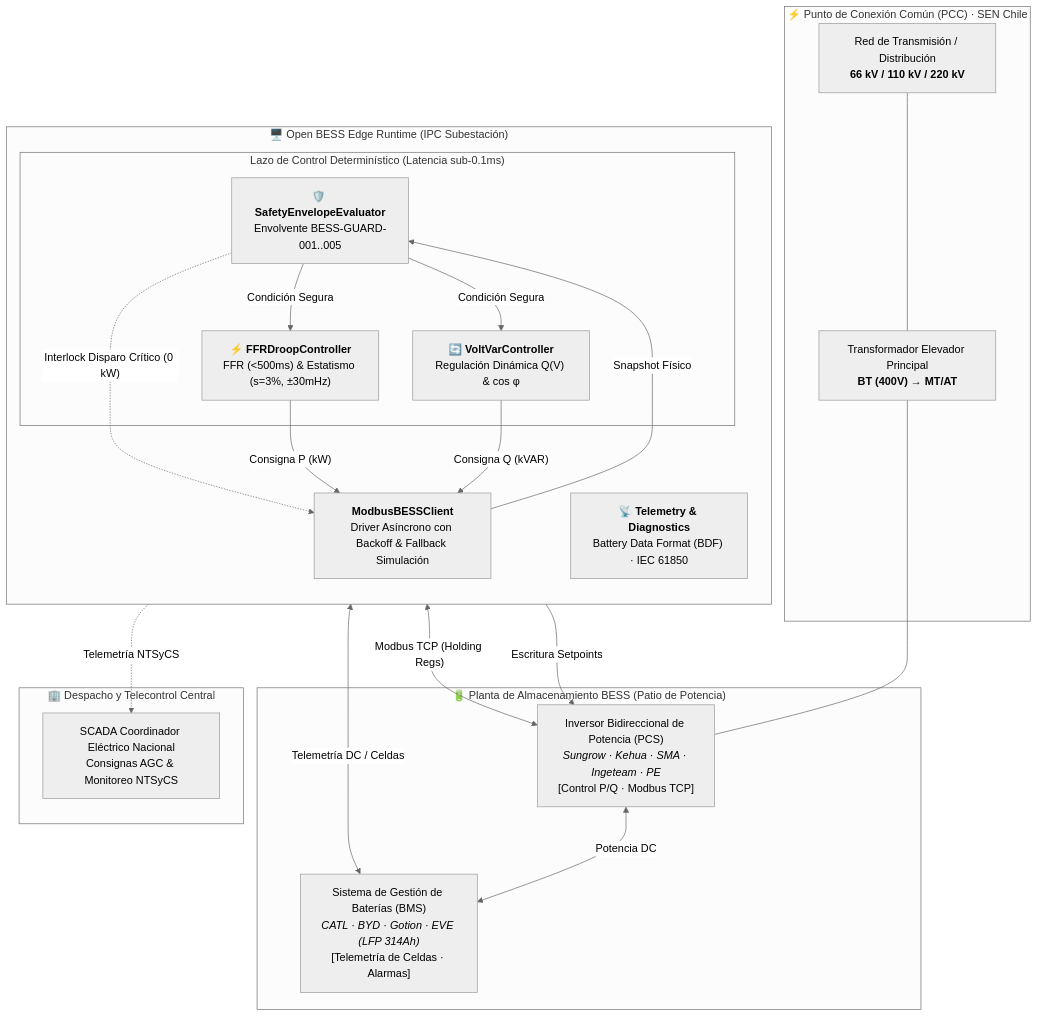
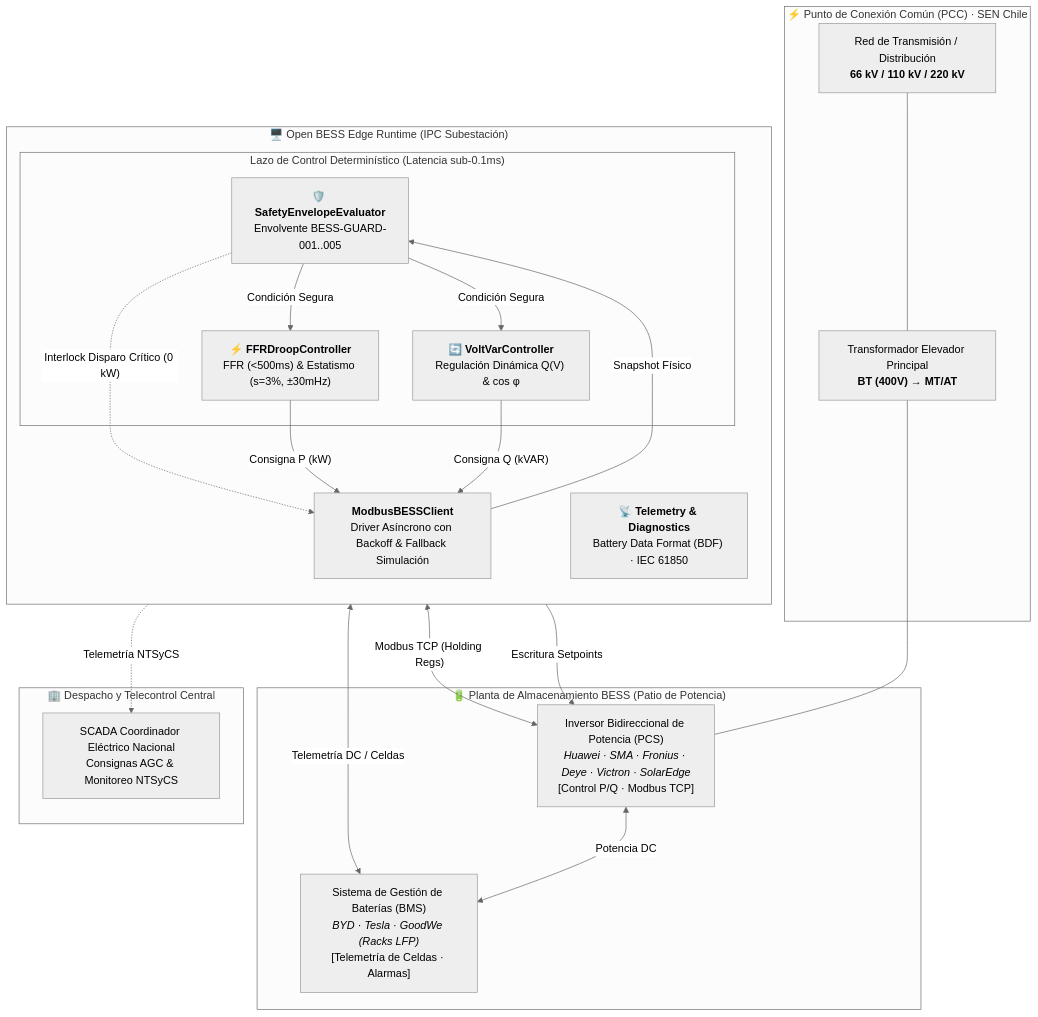
Before and after one commit to bess-solutions/open-bess-edge: the first of 3 diagrams in README.md, drawn with Mermaid (neutral theme). The commit also changed other lines of this file and 27 other files, not shown here.

````diff
--- a/README.md
+++ b/README.md
@@ -32,46 +32,46 @@
 ```mermaid
 graph TB
     subgraph PCC ["⚡ Punto de Conexión Común (PCC) · SEN Chile"]
         GRID["Red de Transmisión / Distribución<br/><b>66 kV / 110 kV / 220 kV</b>"]
         TRF["Transformador Elevador Principal<br/><b>BT (400V) → MT/AT</b>"]
     end
 
     subgraph BESS_PLANT ["🔋 Planta de Almacenamiento BESS (Patio de Potencia)"]
-        PCS["Inversor Bidireccional de Potencia (PCS)<br/><i>Sungrow · Kehua · SMA · Ingeteam · PE</i><br/>[Control P/Q · Modbus TCP]"]
-        BMS["Sistema de Gestión de Baterías (BMS)<br/><i>CATL · BYD · Gotion · EVE (LFP 314Ah)</i><br/>[Telemetría de Celdas · Alarmas]"]
+        PCS["Inversor Bidireccional de Potencia (PCS)<br/><i>Huawei · SMA · Fronius · Deye · Victron · SolarEdge</i><br/>[Control P/Q · Modbus TCP]"]
+        BMS["Sistema de Gestión de Baterías (BMS)<br/><i>BYD · Tesla · GoodWe (Racks LFP)</i><br/>[Telemetría de Celdas · Alarmas]"]
     end
 
     subgraph EDGE_GATEWAY ["🖥️ Open BESS Edge Runtime (IPC Subestación)"]
         direction TB
         MB["<b>ModbusBESSClient</b><br/>Driver Asíncrono con Backoff & Fallback Simulación"]
         
         subgraph ENGINES ["Lazo de Control Determinístico (Latencia sub-0.1ms)"]
             GUARD["🛡️ <b>SafetyEnvelopeEvaluator</b><br/>Envolvente BESS-GUARD-001..005"]
             FFR["⚡ <b>FFRDroopController</b><br/>FFR (<500ms) & Estatismo (s=3%, ±30mHz)"]
             VV["🔄 <b>VoltVarController</b><br/>Regulación Dinámica Q(V) & cos φ"]
         end
 
         TELEMETRY["📡 <b>Telemetry & Diagnostics</b><br/>Battery Data Format (BDF) · IEC 61850"]
     end
 
     subgraph SCADA_CEN ["🏢 Despacho y Telecontrol Central"]
         CEN_SCADA["SCADA Coordinador Eléctrico Nacional<br/>Consignas AGC & Monitoreo NTSyCS"]
     end
 
     GRID --- TRF --- PCS
     PCS <-->|"Potencia DC"| BMS
 
     PCS <-->|"Modbus TCP (Holding Regs)"| MB
     BMS <-->|"Telemetría DC / Celdas"| MB
 
     MB -->|"Snapshot Físico"| GUARD
     GUARD -->|"Condición Segura"| FFR
     GUARD -->|"Condición Segura"| VV
     GUARD -.->|"Interlock Disparo Crítico (0 kW)"| MB
 
     FFR -->|"Consigna P (kW)"| MB
     VV -->|"Consigna Q (kVAR)"| MB
     MB -->|"Escritura Setpoints"| PCS
 
     EDGE_GATEWAY -.->|"Telemetría NTSyCS"| CEN_SCADA
 ```
````
